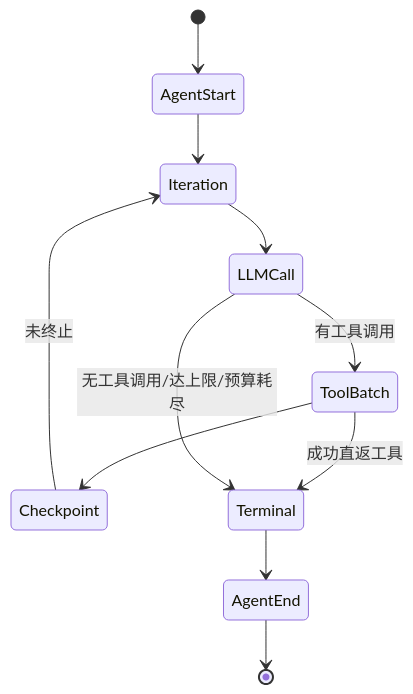
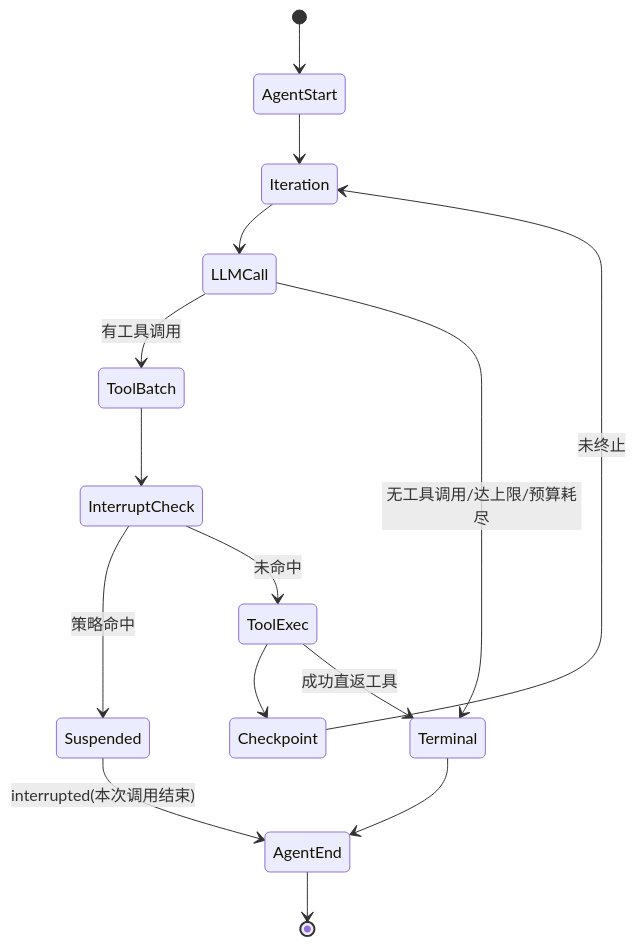
The diagram in doc/domains/agent/agent-core/agent-core.md (vogo/vage), drawn with Mermaid before and after one commit. The commit also changed other lines of this file and 28 other files, not shown here.

````diff
--- a/doc/domains/agent/agent-core/agent-core.md
+++ b/doc/domains/agent/agent-core/agent-core.md
@@ -90,13 +93,17 @@
 ```mermaid
 stateDiagram-v2
     [*] --> AgentStart
     AgentStart --> Iteration
     Iteration --> LLMCall
     LLMCall --> ToolBatch: 有工具调用
-    ToolBatch --> Checkpoint
+    ToolBatch --> InterruptCheck
+    InterruptCheck --> Suspended: 策略命中
+    InterruptCheck --> ToolExec: 未命中
+    ToolExec --> Checkpoint
     Checkpoint --> Iteration: 未终止
-    ToolBatch --> Terminal: 成功直返工具
+    ToolExec --> Terminal: 成功直返工具
     LLMCall --> Terminal: 无工具调用/达上限/预算耗尽
     Terminal --> AgentEnd
+    Suspended --> AgentEnd: interrupted(本次调用结束)
     AgentEnd --> [*]
 ```
````
